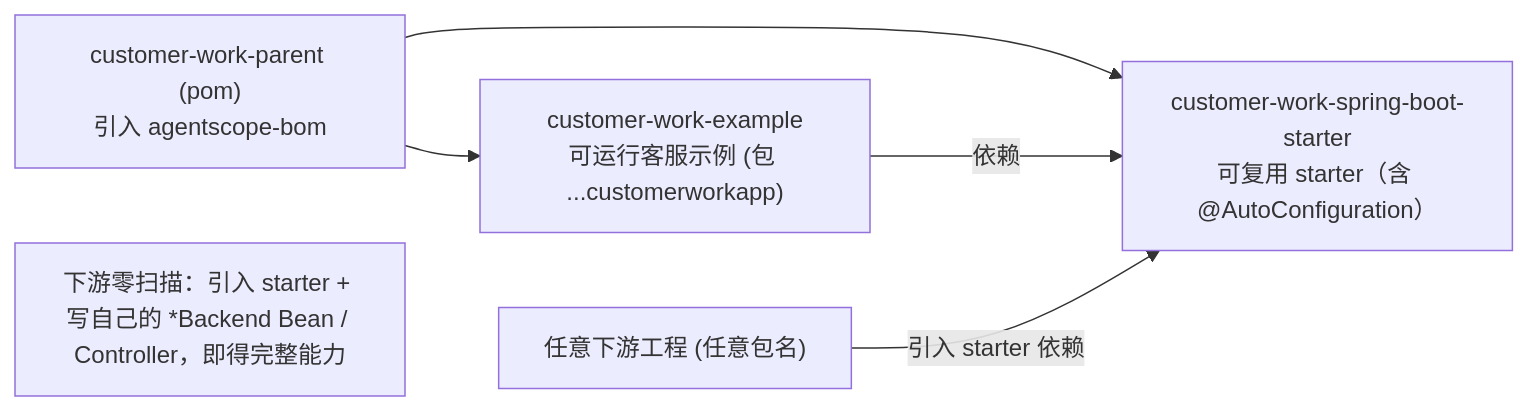
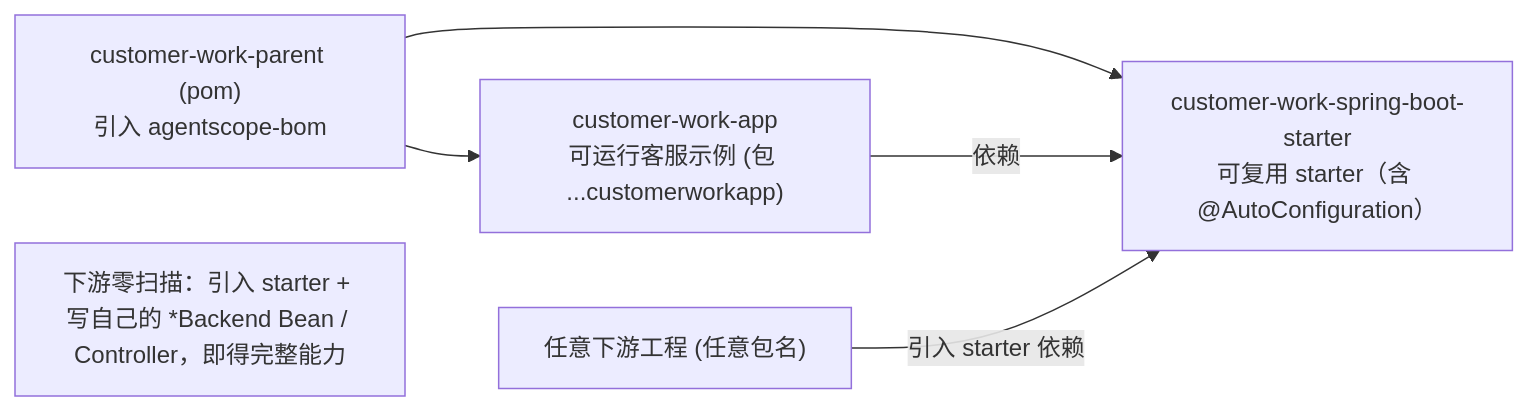
Before and after one commit to liulangjietou/customer_work: the second of 29 diagrams in docs/详细技术文档.md, drawn with Mermaid. The commit also changed other lines of this file and 2 other files, not shown here.

First line of the commit message:
docs(customer-web): 修正对话 API 名称及端口描述

````diff
--- a/docs/详细技术文档.md
+++ b/docs/详细技术文档.md
@@ -119,8 +119,8 @@
 ```mermaid
 flowchart LR
     PARENT["customer-work-parent (pom)<br/>引入 agentscope-bom"] --> ST["customer-work-spring-boot-starter<br/>可复用 starter（含 @AutoConfiguration）"]
-    PARENT --> EX["customer-work-example<br/>可运行客服示例 (包 ...customerworkapp)"]
+    PARENT --> EX["customer-work-app<br/>可运行客服示例 (包 ...customerworkapp)"]
     EX -->|依赖| ST
     DOWN["任意下游工程 (任意包名)"] -->|引入 starter 依赖| ST
     note["下游零扫描：引入 starter + 写自己的 *Backend Bean / Controller，即得完整能力"]
 ```
````
